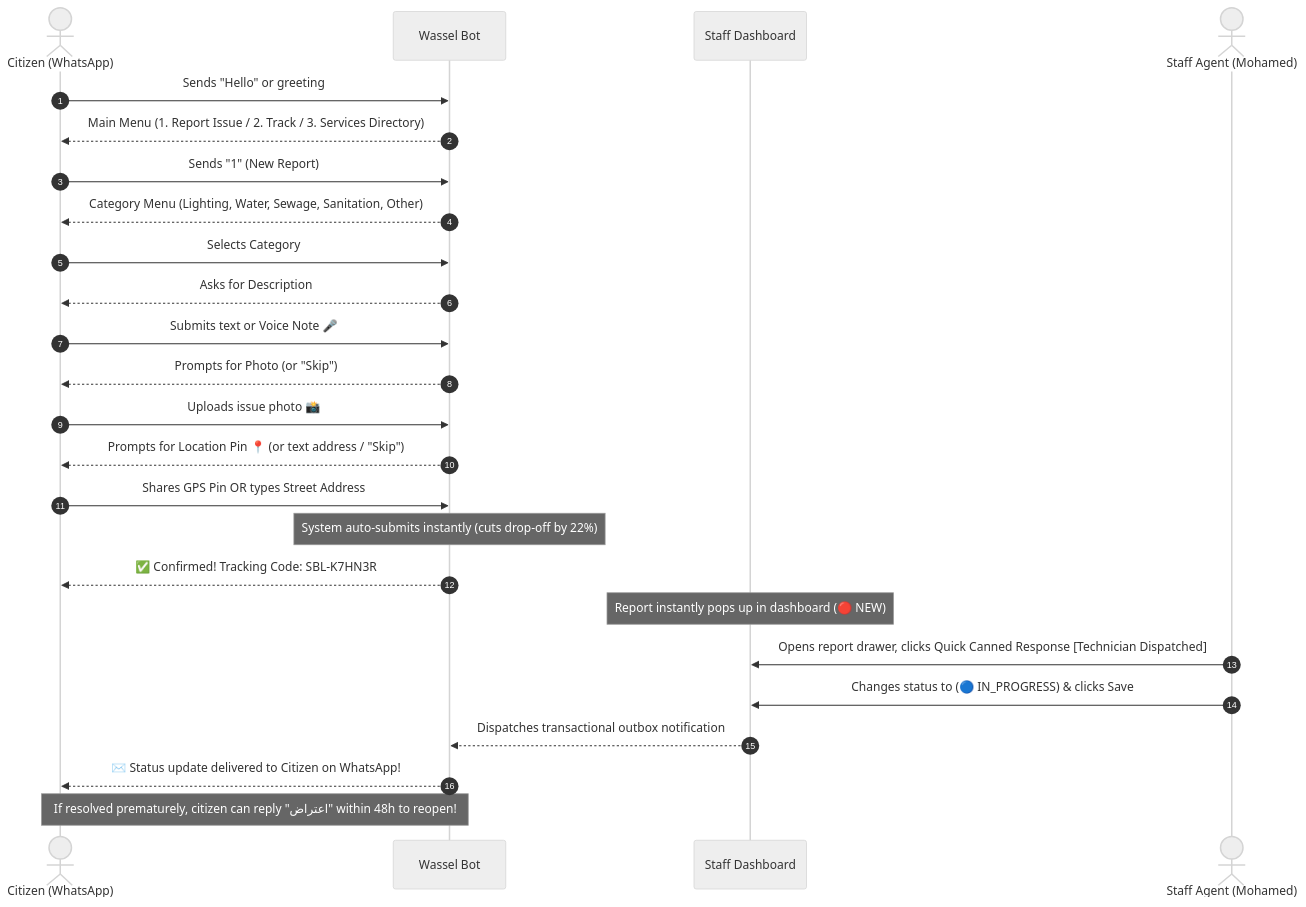
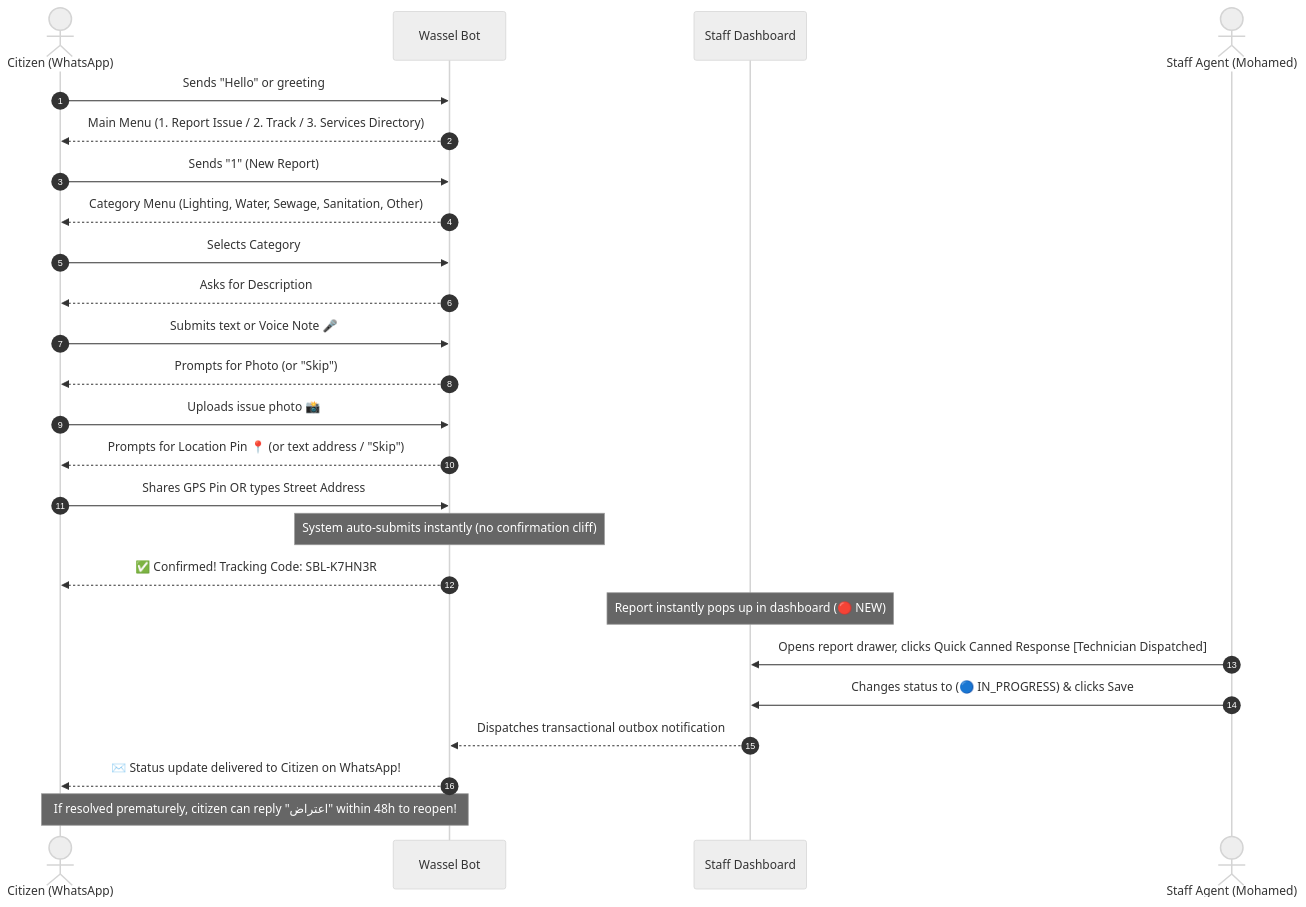
The first of 2 diagrams in docs/EXECUTIVE-MASTER-PLAN.md (khaledazam/Cineplawin-Connect), drawn with Mermaid (neutral theme) before and after one commit. The commit also changed other lines of this file and 7 other files, not shown here.

Commit message:
fix: reconcile architecture discrepancies, harden schema constraints, and optimize MVP delivery scope

````diff
--- a/docs/EXECUTIVE-MASTER-PLAN.md
+++ b/docs/EXECUTIVE-MASTER-PLAN.md
@@ -51,28 +51,28 @@
 ```mermaid
 sequenceDiagram
     autonumber
     actor C as Citizen (WhatsApp)
     participant B as Wassel Bot
     participant D as Staff Dashboard
     actor S as Staff Agent (Mohamed)
 
     C->>B: Sends "Hello" or greeting
     B-->>C: Main Menu (1. Report Issue / 2. Track / 3. Services Directory)
     C->>B: Sends "1" (New Report)
     B-->>C: Category Menu (Lighting, Water, Sewage, Sanitation, Other)
     C->>B: Selects Category
     B-->>C: Asks for Description
     C->>B: Submits text or Voice Note 🎤
     B-->>C: Prompts for Photo (or "Skip")
     C->>B: Uploads issue photo 📸
     B-->>C: Prompts for Location Pin 📍 (or text address / "Skip")
     C->>B: Shares GPS Pin OR types Street Address
-    Note over B: System auto-submits instantly (cuts drop-off by 22%)
+    Note over B: System auto-submits instantly (no confirmation cliff)
     B-->>C: ✅ Confirmed! Tracking Code: SBL-K7HN3R
     Note over D: Report instantly pops up in dashboard (🔴 NEW)
     S->>D: Opens report drawer, clicks Quick Canned Response [Technician Dispatched]
     S->>D: Changes status to (🔵 IN_PROGRESS) & clicks Save
     D-->>B: Dispatches transactional outbox notification
     B-->>C: ✉️ Status update delivered to Citizen on WhatsApp!
     Note over C,B: If resolved prematurely, citizen can reply "اعتراض" within 48h to reopen!
 ```
````
